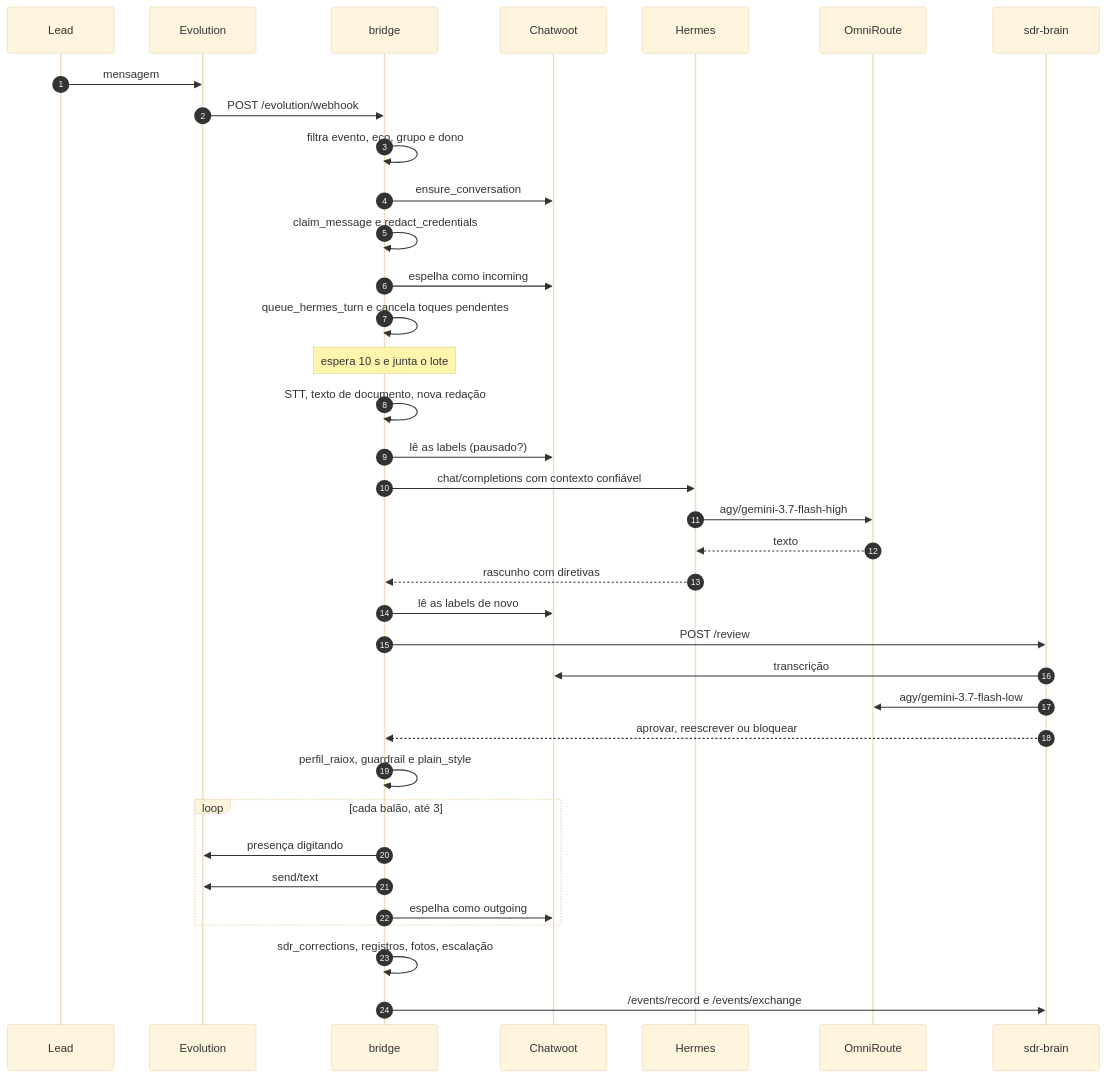
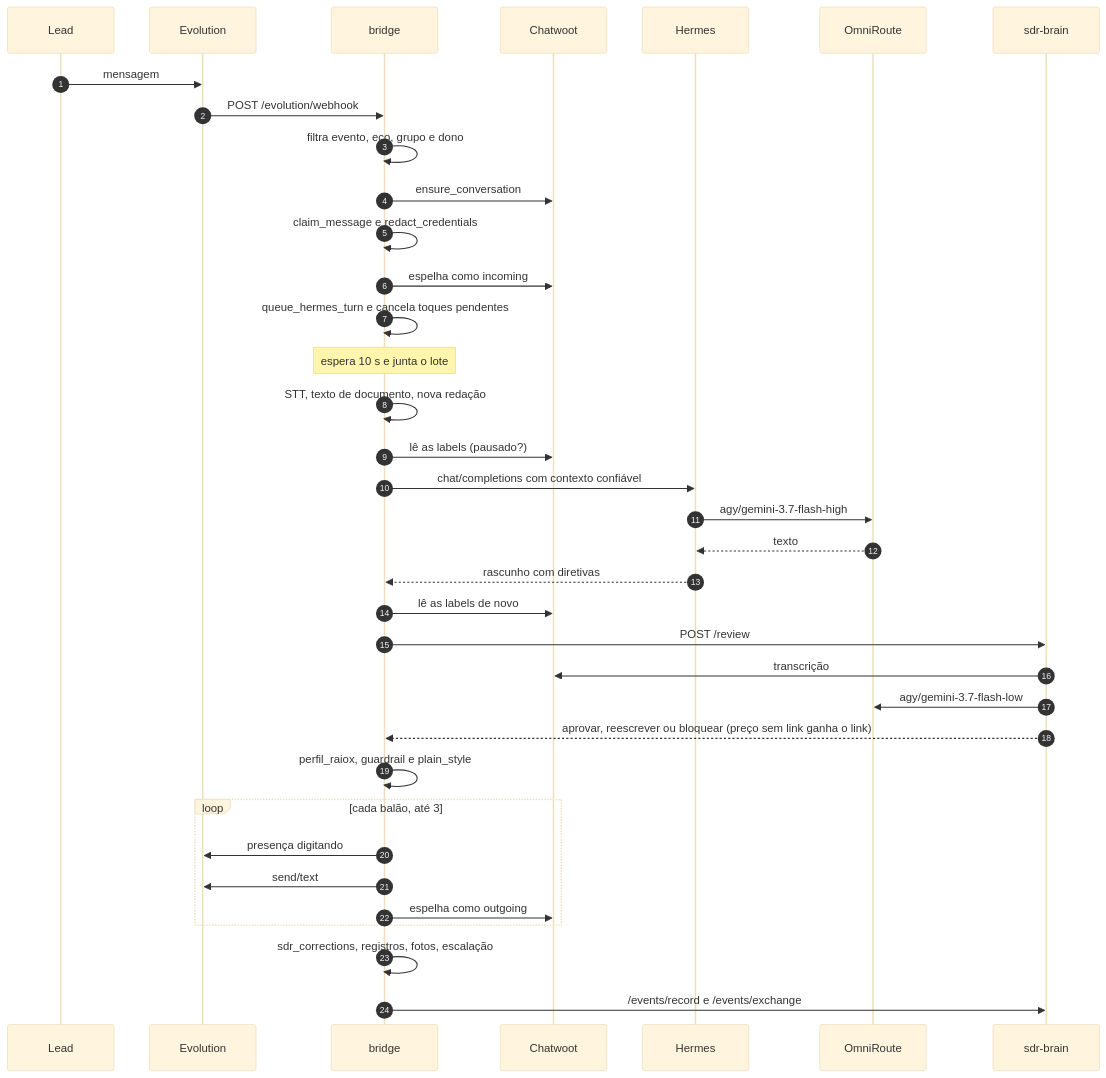
Before and after one commit to tallessouza/agente-whatsapp: the second of 5 diagrams in docs/CICLO-DE-VIDA.md, drawn with Mermaid (base theme). The commit also changed other lines of this file and 19 other files, not shown here.

````diff
--- a/docs/CICLO-DE-VIDA.md
+++ b/docs/CICLO-DE-VIDA.md
@@ -105,39 +105,39 @@
 ```mermaid
 sequenceDiagram
     autonumber
     participant L as Lead
     participant EVO as Evolution
     participant BR as bridge
     participant CW as Chatwoot
     participant H as Hermes
     participant OR as OmniRoute
     participant SB as sdr-brain
 
     L->>EVO: mensagem
     EVO->>BR: POST /evolution/webhook
     BR->>BR: filtra evento, eco, grupo e dono
     BR->>CW: ensure_conversation
     BR->>BR: claim_message e redact_credentials
     BR->>CW: espelha como incoming
     BR->>BR: queue_hermes_turn e cancela toques pendentes
     Note over BR: espera 10 s e junta o lote
     BR->>BR: STT, texto de documento, nova redação
     BR->>CW: lê as labels (pausado?)
     BR->>H: chat/completions com contexto confiável
     H->>OR: agy/gemini-3.7-flash-high
     OR-->>H: texto
     H-->>BR: rascunho com diretivas
     BR->>CW: lê as labels de novo
     BR->>SB: POST /review
     SB->>CW: transcrição
     SB->>OR: agy/gemini-3.7-flash-low
-    SB-->>BR: aprovar, reescrever ou bloquear
+    SB-->>BR: aprovar, reescrever ou bloquear (preço sem link ganha o link)
     BR->>BR: perfil_raiox, guardrail e plain_style
     loop cada balão, até 3
         BR->>EVO: presença digitando
         BR->>EVO: send/text
         BR->>CW: espelha como outgoing
     end
     BR->>BR: sdr_corrections, registros, fotos, escalação
     BR->>SB: /events/record e /events/exchange
 ```
````
